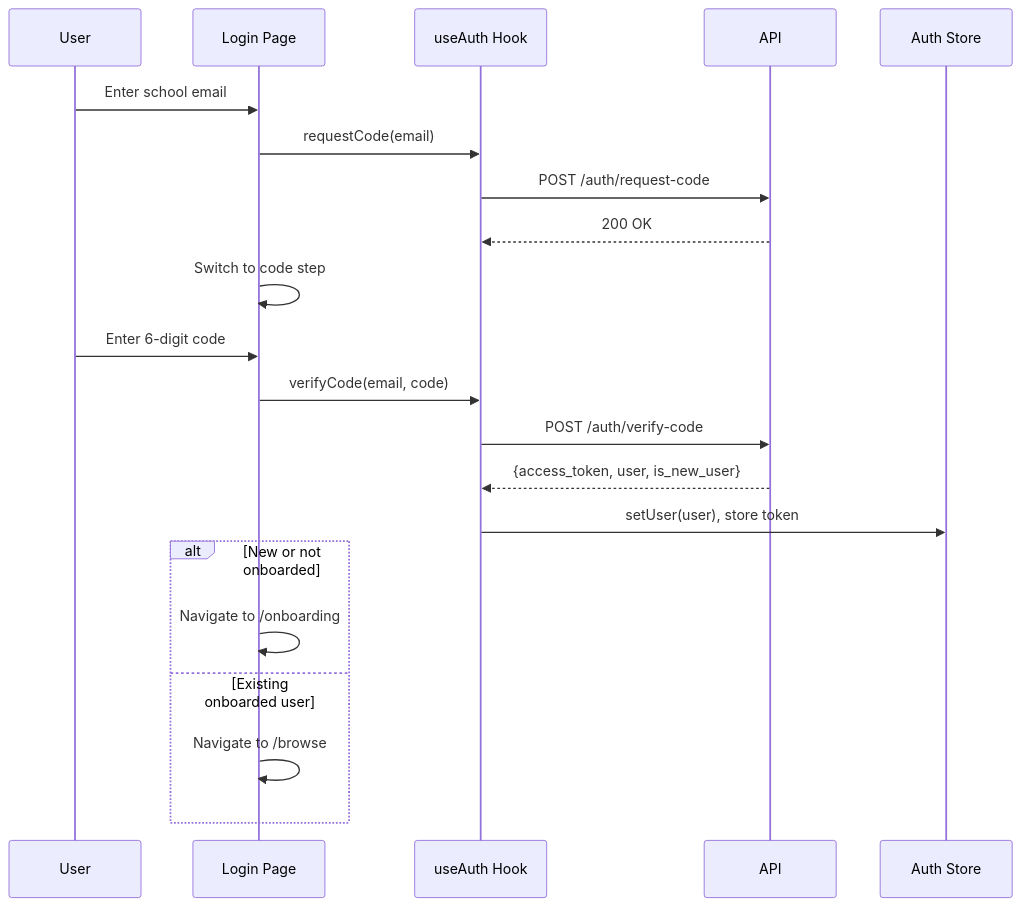
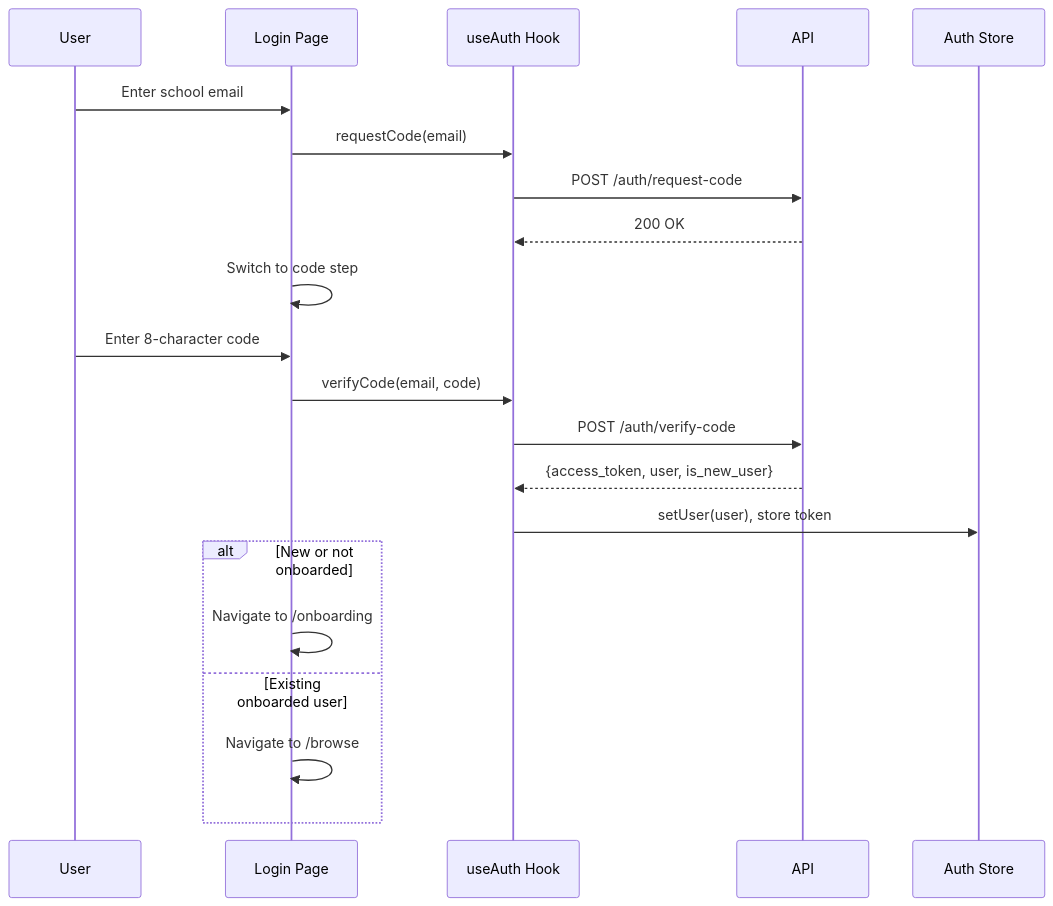
The second of 2 diagrams in docs/web/authentication.md (Theo-Darvoux/WikINT), drawn with Mermaid before and after one commit. The commit also changed other lines of this file and 48 other files, not shown here.

````diff
--- a/docs/web/authentication.md
+++ b/docs/web/authentication.md
@@ -11,25 +42,25 @@
 ```mermaid
 sequenceDiagram
     participant U as User
     participant L as Login Page
     participant H as useAuth Hook
     participant A as API
     participant S as Auth Store
 
     U->>L: Enter school email
     L->>H: requestCode(email)
     H->>A: POST /auth/request-code
     A-->>H: 200 OK
     L->>L: Switch to code step
 
-    U->>L: Enter 6-digit code
+    U->>L: Enter 8-character code
     L->>H: verifyCode(email, code)
     H->>A: POST /auth/verify-code
     A-->>H: {access_token, user, is_new_user}
     H->>S: setUser(user), store token
     alt New or not onboarded
         L->>L: Navigate to /onboarding
     else Existing onboarded user
         L->>L: Navigate to /browse
     end
 ```
````
